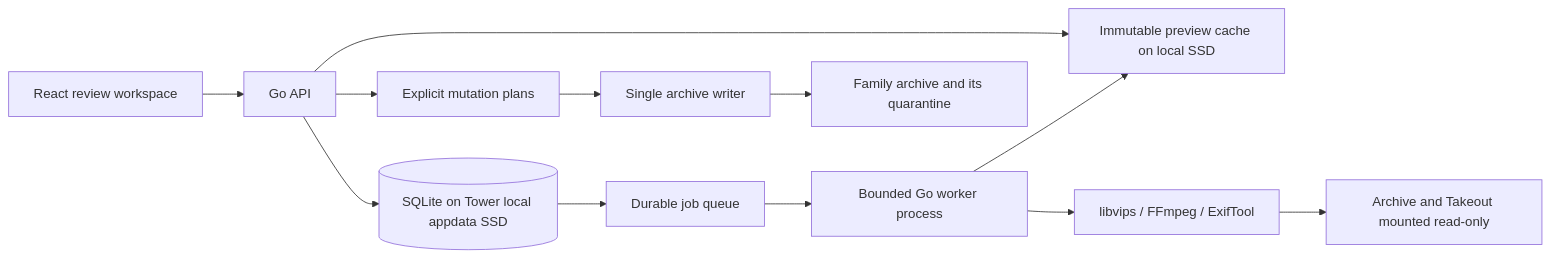
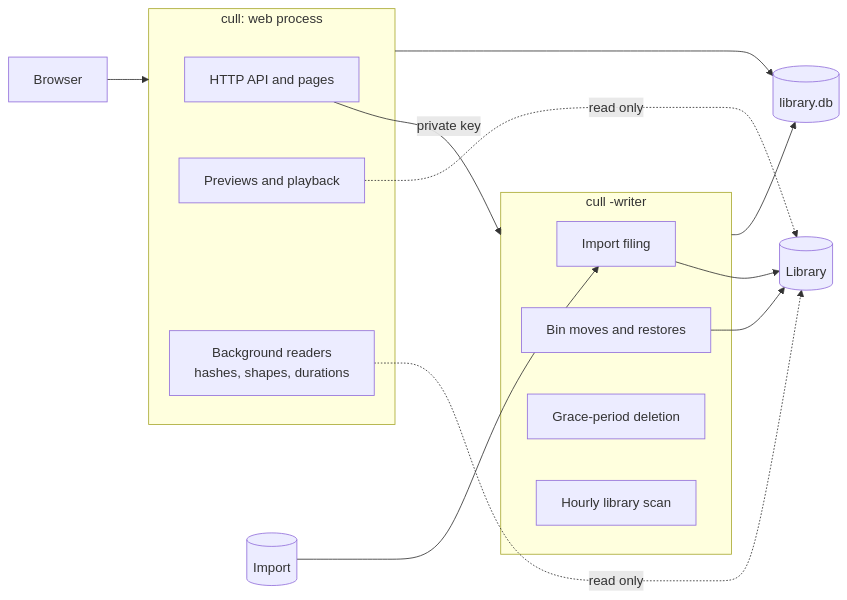
The diagram in docs/ARCHITECTURE.md (tural-ali/daddy-cull), drawn with Mermaid before and after one commit. The commit also changed other lines of this file and 9 other files, not shown here.

Commit message:
docs: a README a stranger can install from, with why Daddy Cull exists, the requirements, the setup wizard, every page and the credits; how it works in detail, and the architecture as built

````diff
--- a/docs/ARCHITECTURE.md
+++ b/docs/ARCHITECTURE.md
@@ -18,14 +6,23 @@
 ```mermaid
 flowchart LR
-    Browser[React review workspace] --> API[Go API]
-    API --> DB[(SQLite on Tower local appdata SSD)]
-    API --> Cache[Immutable preview cache on local SSD]
-    DB --> Jobs[Durable job queue]
-    Jobs --> Workers[Bounded Go worker process]
-    Workers --> Native[libvips / FFmpeg / ExifTool]
-    Native --> Sources[Archive and Takeout mounted read-only]
-    Workers --> Cache
-    API --> Plans[Explicit mutation plans]
-    Plans --> Mutator[Single archive writer]
-    Mutator --> Archive[Family archive and its quarantine]
+  browser[Browser] --> web
+  subgraph web[cull: web process]
+    api[HTTP API and pages]
+    media[Previews and playback]
+    keep[Background readers<br/>hashes, shapes, durations]
+  end
+  subgraph writer[cull -writer]
+    intake[Import filing]
+    bin[Bin moves and restores]
+    reaper[Grace-period deletion]
+    scan[Hourly library scan]
+  end
+  api -->|private key| writer
+  web --> db[(library.db)]
+  writer --> db
+  media -.->|read only| lib[(Library)]
+  keep -.->|read only| lib
+  intake --> lib
+  bin --> lib
+  imp[(Import)] --> intake
 ```
````
